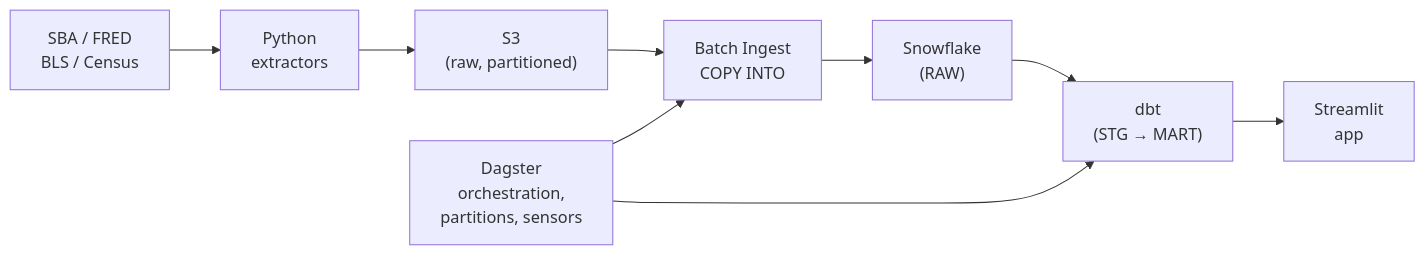
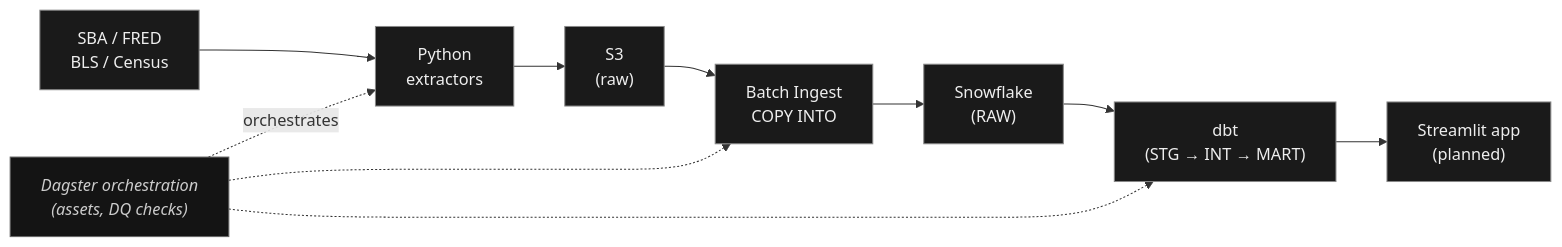
Before and after one commit to Dieurode1/Small-business-lending-intelligence-pipeline: the diagram in README.md, drawn with Mermaid. The commit also changed other lines of this file, not shown here.

````diff
--- a/README.md
+++ b/README.md
@@ -53,11 +22,19 @@
 ```mermaid
 flowchart LR
     A["SBA / FRED<br/>BLS / Census"] --> B["Python<br/>extractors"]
-    B --> C["S3<br/>(raw, partitioned)"]
+    B --> C["S3<br/>(raw)"]
     C --> D["Batch Ingest<br/>COPY INTO"]
     D --> E["Snowflake<br/>(RAW)"]
-    E --> F["dbt<br/>(STG → MART)"]
-    F --> G["Streamlit<br/>app"]
-    H["Dagster<br/>orchestration,<br/>partitions, sensors"] --> D
-    H --> F
+    E --> F["dbt<br/>(STG → INT → MART)"]
+    F --> G["Streamlit app<br/>(planned)"]
+
+    ORCH["Dagster orchestration<br/>(assets, DQ checks)"]
+    ORCH -.orchestrates.-> B
+    ORCH -.-> D
+    ORCH -.-> F
+
+    classDef box fill:#1a1a1a,stroke:#888,stroke-width:1px,color:#eee;
+    classDef orch fill:#141414,stroke:#666,stroke-width:1px,color:#ccc,font-style:italic;
+    class A,B,C,D,E,F,G box;
+    class ORCH orch;
 ```
````
